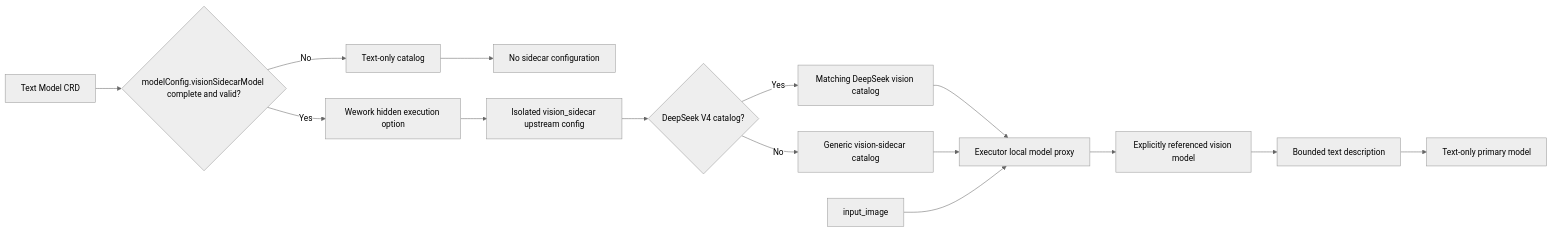
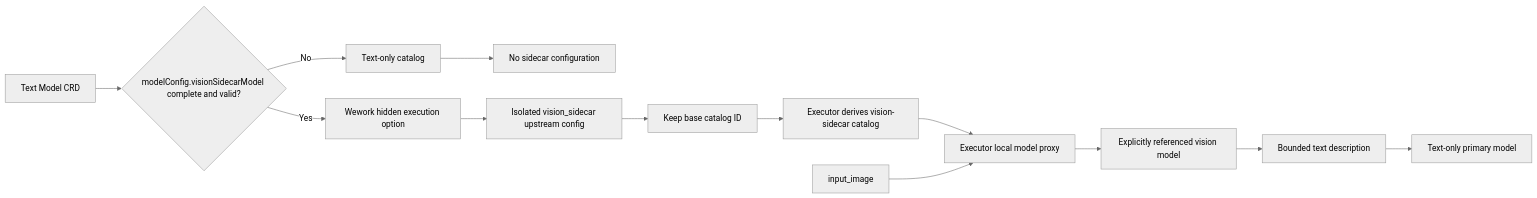
The first of 2 diagrams in docs/en/architecture/model-vision-delegation.md (wecode-ai/Wegent), drawn with Mermaid (neutral theme) before and after one commit. The commit also changed other lines of this file and 27 other files, not shown here.

Commit message:
refactor(wework): derive vision sidecar catalogs generically

````diff
--- a/docs/en/architecture/model-vision-delegation.md
+++ b/docs/en/architecture/model-vision-delegation.md
@@ -9,17 +9,15 @@
 ```mermaid
 flowchart LR
     CRD[Text Model CRD] --> REF{modelConfig.visionSidecarModel complete and valid?}
     REF -->|No| TEXT[Text-only catalog]
     TEXT --> DIRECT[No sidecar configuration]
     REF -->|Yes| OPTION[Wework hidden execution option]
     OPTION --> CONFIG[Isolated vision_sidecar upstream config]
-    CONFIG --> CATALOG{DeepSeek V4 catalog?}
-    CATALOG -->|Yes| DEEPSEEK[Matching DeepSeek vision catalog]
-    CATALOG -->|No| GENERIC[Generic vision-sidecar catalog]
-    DEEPSEEK --> EXECUTOR[Executor local model proxy]
-    GENERIC --> EXECUTOR
+    CONFIG --> CATALOG[Keep base catalog ID]
+    CATALOG --> OVERLAY[Executor derives vision-sidecar catalog]
+    OVERLAY --> EXECUTOR[Executor local model proxy]
     IMAGE[input_image] --> EXECUTOR
     EXECUTOR --> VISION[Explicitly referenced vision model]
     VISION --> DESCRIPTION[Bounded text description]
     DESCRIPTION --> PRIMARY[Text-only primary model]
 ```
````
